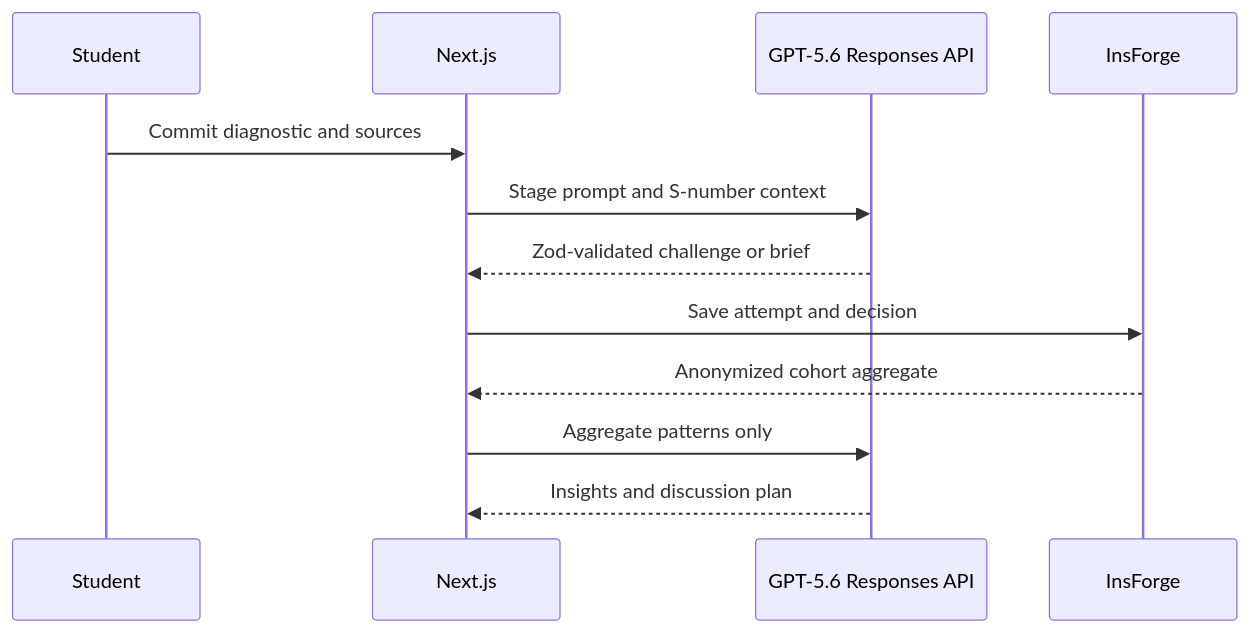
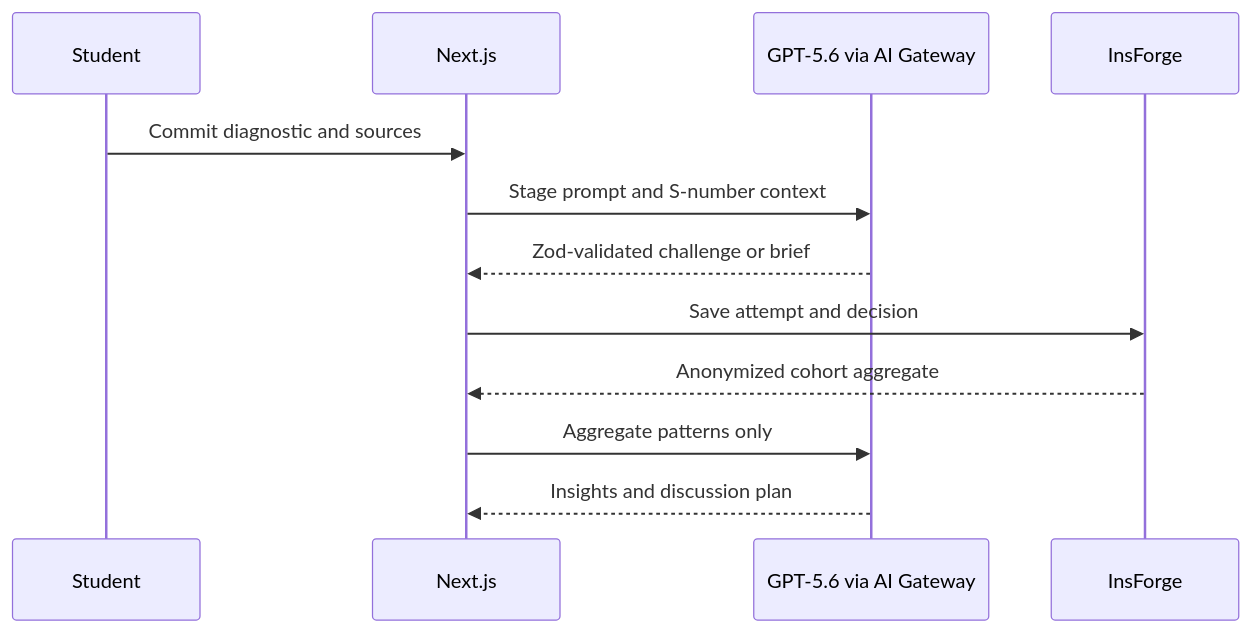
The diagram in ARCHITECTURE.md (nvmmonsalud/caseloop), drawn with Mermaid before and after one commit. The commit also changed other lines of this file and 18 other files, not shown here.

Commit message:
feat: route GPT-5.6 through AI Gateway

````diff
--- a/ARCHITECTURE.md
+++ b/ARCHITECTURE.md
@@ -7,14 +7,14 @@
 ```mermaid
 sequenceDiagram
   participant Student
   participant Next as Next.js
-  participant AI as GPT-5.6 Responses API
+  participant AI as GPT-5.6 via AI Gateway
   participant DB as InsForge
   Student->>Next: Commit diagnostic and sources
   Next->>AI: Stage prompt and S-number context
   AI-->>Next: Zod-validated challenge or brief
   Next->>DB: Save attempt and decision
   DB-->>Next: Anonymized cohort aggregate
   Next->>AI: Aggregate patterns only
   AI-->>Next: Insights and discussion plan
 ```
````
